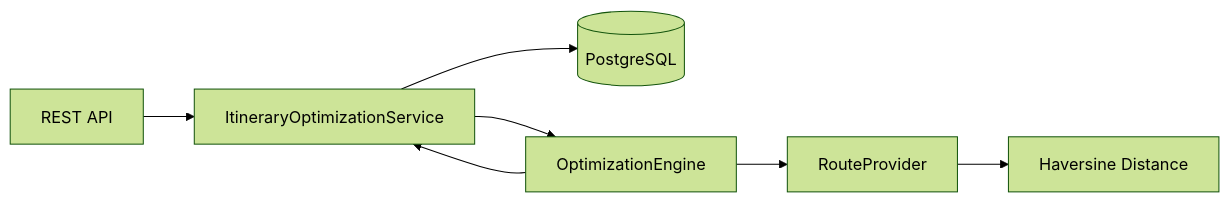
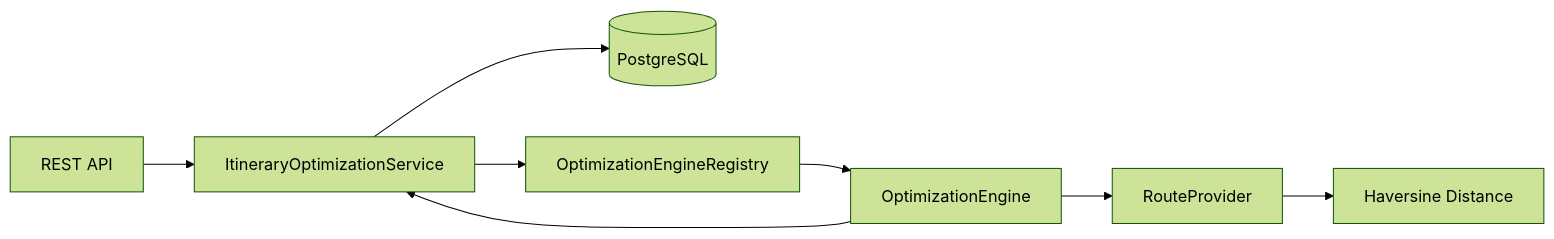
The first of 2 diagrams in README.md (sungjuun/RoutePlan), drawn with Mermaid (forest theme) before and after one commit. The commit also changed other lines of this file, not shown here.

````diff
--- a/README.md
+++ b/README.md
@@ -67,9 +71,10 @@
 ```mermaid
 flowchart LR
     API[REST API] --> APP[ItineraryOptimizationService]
     APP --> DB[(PostgreSQL)]
-    APP --> ENGINE[OptimizationEngine]
+    APP --> REGISTRY[OptimizationEngineRegistry]
+    REGISTRY --> ENGINE[OptimizationEngine]
     ENGINE --> ROUTE[RouteProvider]
     ROUTE --> DISTANCE[Haversine Distance]
     ENGINE --> APP
 ```
````
